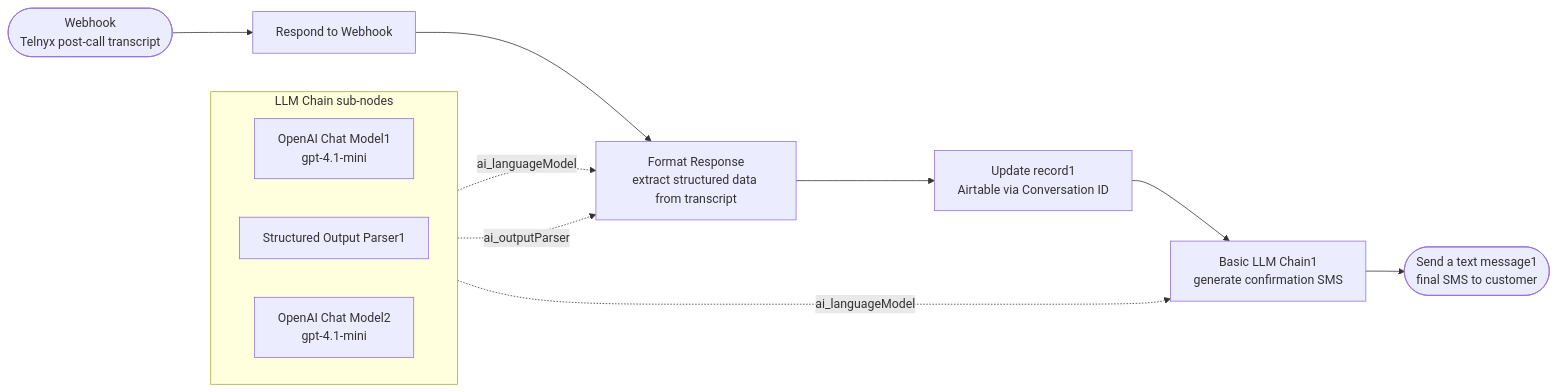
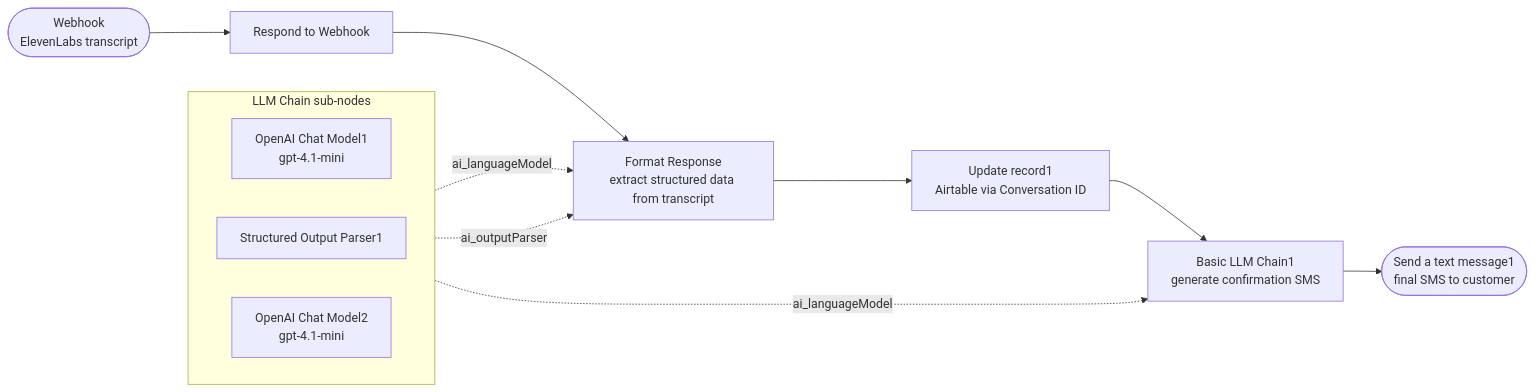
The second of 3 diagrams in docs/phone-call-flow.md (kameni-immo/kameni-n8n-automation), drawn with Mermaid before and after one commit. The commit also changed other lines of this file and 4 other files, not shown here.

````diff
--- a/docs/phone-call-flow.md
+++ b/docs/phone-call-flow.md
@@ -78,18 +78,18 @@
 ```mermaid
 flowchart LR
-    WH(["Webhook<br/>Telnyx post-call transcript"]) --> RW["Respond to Webhook"]
+    WH(["Webhook<br/>ElevenLabs transcript"]) --> RW["Respond to Webhook"]
     RW --> FR["Format Response<br/>extract structured data from transcript"]
     FR --> UPD1["Update record1<br/>Airtable via Conversation ID"]
     UPD1 --> LLM1["Basic LLM Chain1<br/>generate confirmation SMS"]
     LLM1 --> SMS1(["Send a text message1<br/>final SMS to customer"])
 
     subgraph ai2 ["LLM Chain sub-nodes"]
         direction LR
         OAI1["OpenAI Chat Model1<br/>gpt-4.1-mini"]
         SOP1["Structured Output Parser1"]
         OAI2["OpenAI Chat Model2<br/>gpt-4.1-mini"]
     end
     OAI1 -.->|"ai_languageModel"| FR
     SOP1 -.->|"ai_outputParser"| FR
     OAI2 -.->|"ai_languageModel"| LLM1
 ```
````
